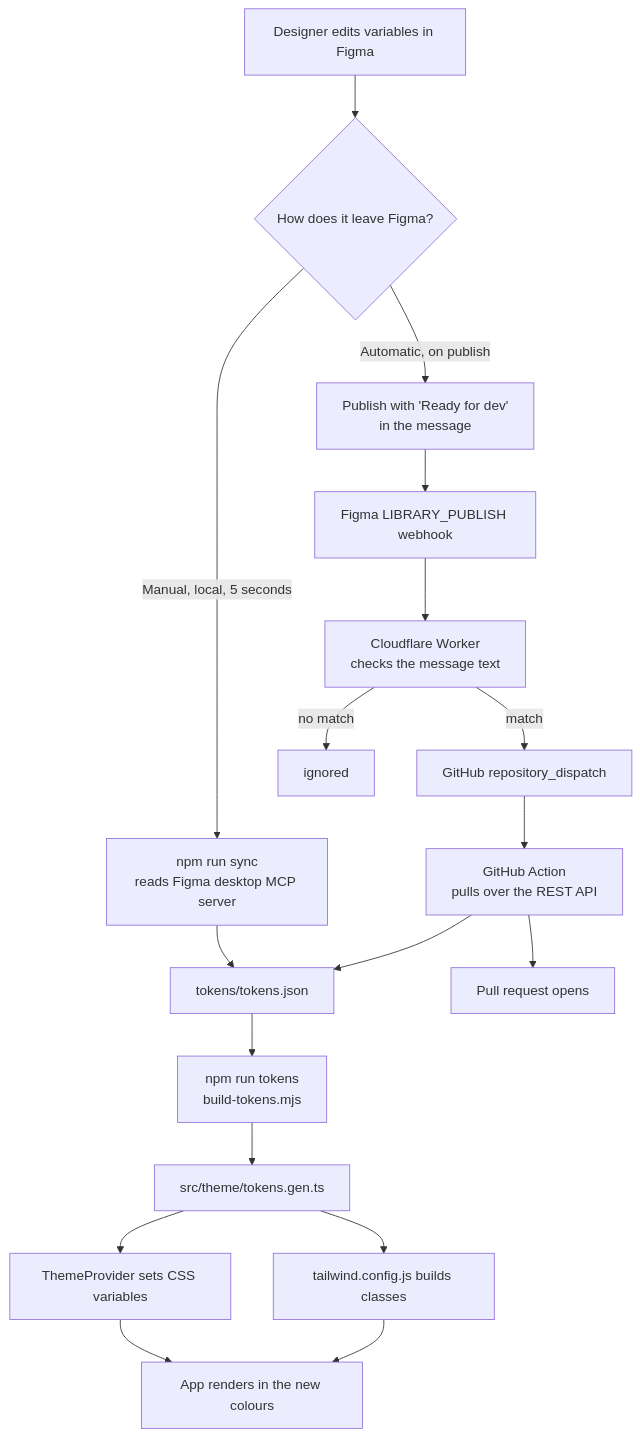
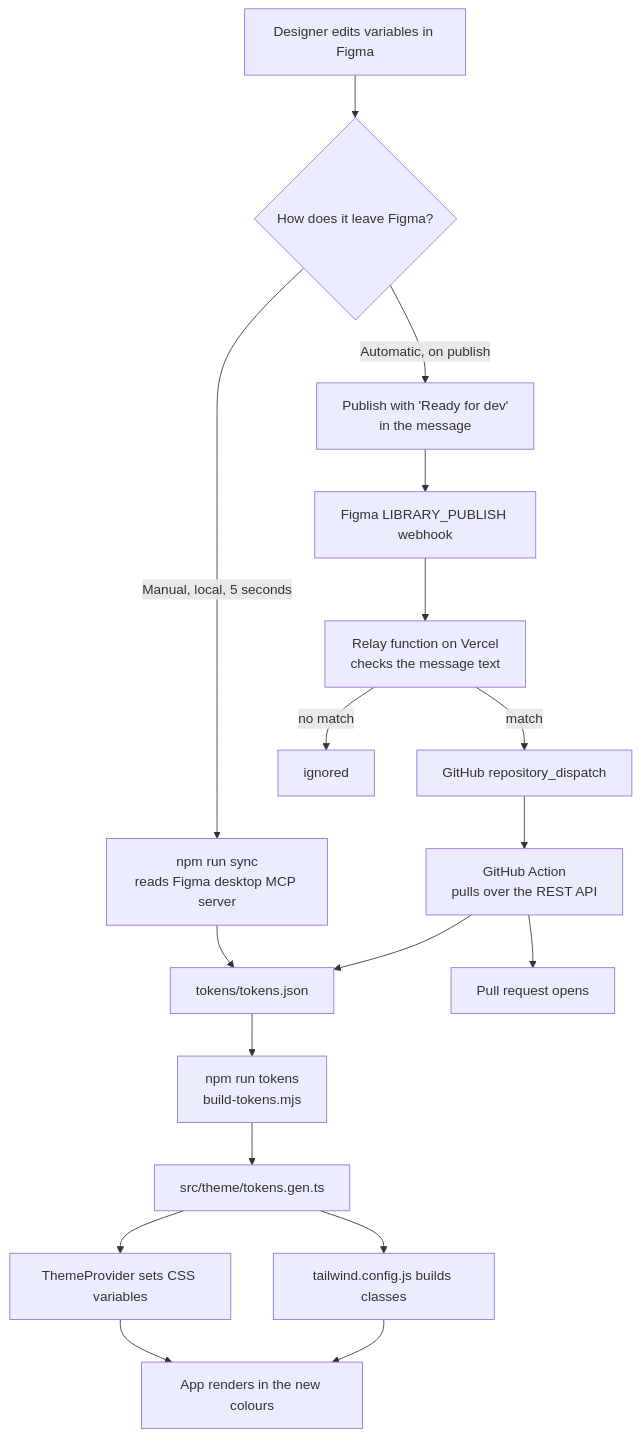
One commit to serhii-kucherenko/expo-figma-tokens changed the first of 3 diagrams in README.md. Above: the diagram before and after it, drawn with Mermaid. The commit also changed 8 other files, not shown here.

First line of the commit message:
Move the webhook relay from Cloudflare to Vercel

````diff
--- a/README.md
+++ b/README.md
@@ -15,22 +15,22 @@
 ```mermaid
 flowchart TD
   A["Designer edits variables in Figma"] --> B{"How does it leave Figma?"}
   B -->|"Manual, local, 5 seconds"| C["npm run sync<br/>reads Figma desktop MCP server"]
   B -->|"Automatic, on publish"| D["Publish with 'Ready for dev'<br/>in the message"]
 
   D --> E["Figma LIBRARY_PUBLISH webhook"]
-  E --> F["Cloudflare Worker<br/>checks the message text"]
+  E --> F["Relay function on Vercel<br/>checks the message text"]
   F -->|"no match"| G["ignored"]
   F -->|"match"| H["GitHub repository_dispatch"]
   H --> I["GitHub Action<br/>pulls over the REST API"]
 
   C --> J["tokens/tokens.json"]
   I --> J
   J --> K["npm run tokens<br/>build-tokens.mjs"]
   K --> L["src/theme/tokens.gen.ts"]
   L --> M["ThemeProvider sets CSS variables"]
   L --> N["tailwind.config.js builds classes"]
   M --> O["App renders in the new colours"]
   N --> O
   I --> P["Pull request opens"]
 ```
````
